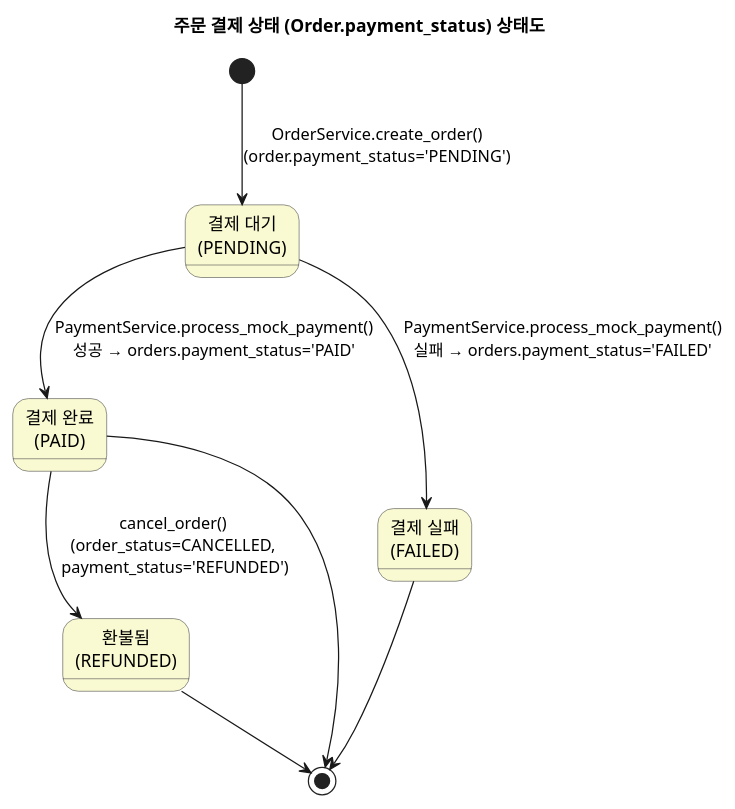
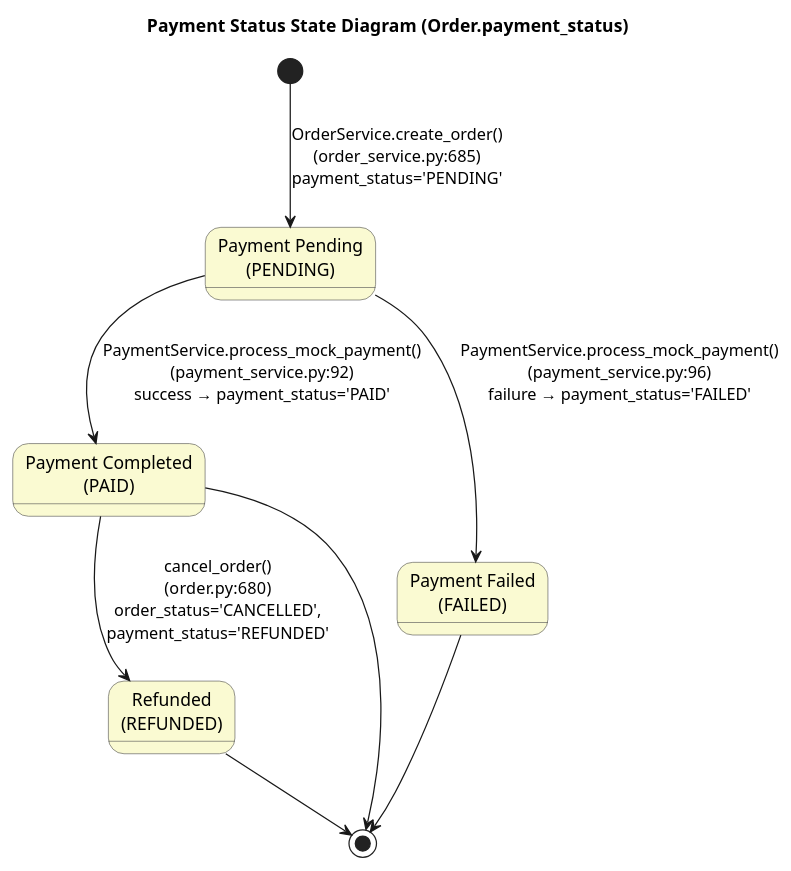
Before and after one commit to UOS2025SWE/MrDaebak: the diagram in SWE_Diagram/object_state_diagrams/payment_transaction_object_state.puml, drawn with PlantUML. The commit also changed 95 other files, not shown here.

Commit message:
산출물 다이어그램 및 다이어그램에 대한 설명 추가

```diff
--- a/SWE_Diagram/object_state_diagrams/payment_transaction_object_state.puml
+++ b/SWE_Diagram/object_state_diagrams/payment_transaction_object_state.puml
@@ -1,36 +1,35 @@
 @startuml
-title "주문 결제 상태 (Order.payment_status) 상태도"
-skinparam defaultFontName "Malgun Gothic"
+title "Payment Status State Diagram (Order.payment_status)"
 skinparam shadowing false
 skinparam state {
   BackgroundColor #LightGoldenRodYellow
   BorderColor #555
   RoundCorner 10
 }
 
-' --- 상태 정의 (States) ---
-state "결제 대기\n(PENDING)" as Pending
-state "결제 완료\n(PAID)" as Paid
-state "결제 실패\n(FAILED)" as Failed
-state "환불됨\n(REFUNDED)" as Refunded
+' --- States ---
+state "Payment Pending\n(PENDING)" as Pending
+state "Payment Completed\n(PAID)" as Paid
+state "Payment Failed\n(FAILED)" as Failed
+state "Refunded\n(REFUNDED)" as Refunded
 
-' --- 상태 전이 (Transitions) ---
+' --- Transitions ---
 
-' 시작점 (Entry Point)
-' OrderService.create_order() 후 PaymentService 호출 전
-' orders.payment_status 는 항상 PENDING 으로 시작한다.
-[*] --> Pending : OrderService.create_order()\n(order.payment_status='PENDING')
+' Entry Point
+' OrderService.create_order() before PaymentService call
+' orders.payment_status always starts as PENDING
+[*] --> Pending : OrderService.create_order()\n(order_service.py:685)\npayment_status='PENDING'
 
-' "PENDING" 상태에서 가능한 전이
-Pending --> Paid : PaymentService.process_mock_payment()\n성공 → orders.payment_status='PAID'
-Pending --> Failed : PaymentService.process_mock_payment()\n실패 → orders.payment_status='FAILED'
+' From PENDING state
+Pending --> Paid : PaymentService.process_mock_payment()\n(payment_service.py:92)\nsuccess → payment_status='PAID'
+Pending --> Failed : PaymentService.process_mock_payment()\n(payment_service.py:96)\nfailure → payment_status='FAILED'
 
-' "PAID" 상태에서 가능한 전이
-Paid --> Refunded : cancel_order()\n(order_status=CANCELLED,\n payment_status='REFUNDED')
+' From PAID state
+Paid --> Refunded : cancel_order()\n(order.py:680)\norder_status='CANCELLED',\npayment_status='REFUNDED'
 
-' 최종 상태 (End States)
+' End States
 Paid --> [*]
 Failed --> [*]
 Refunded --> [*]
 
 @enduml
```
